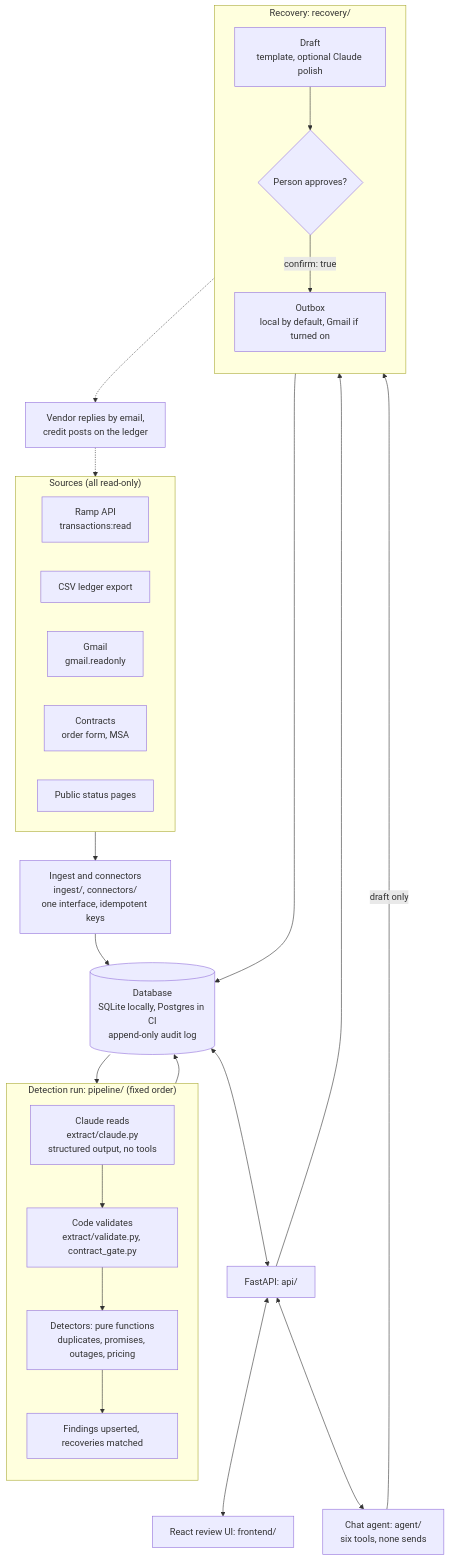
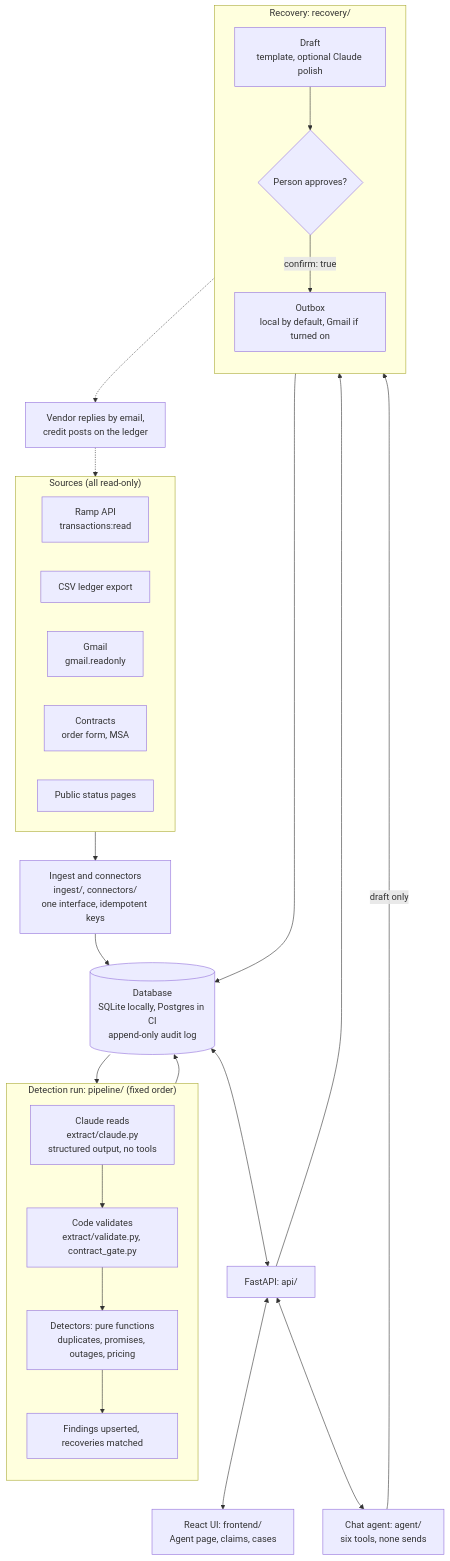
The first of 2 diagrams in docs/architecture.md (anuhtole/recoup), drawn with Mermaid before and after one commit. The commit also changed other lines of this file and 4 other files, not shown here.

Commit message:
docs: README, architecture and contributing guide match the v2 UI and scripted demo; ADR 0014

````diff
--- a/docs/architecture.md
+++ b/docs/architecture.md
@@ -9,48 +9,48 @@
 ```mermaid
 flowchart TB
     subgraph SRC["Sources (all read-only)"]
         direction LR
         S1["Ramp API<br/>transactions:read"]
         S2["CSV ledger export"]
         S3["Gmail<br/>gmail.readonly"]
         S4["Contracts<br/>order form, MSA"]
         S5["Public status pages"]
     end
 
     I1["Ingest and connectors<br/>ingest/, connectors/<br/>one interface, idempotent keys"]
 
     DB[("Database<br/>SQLite locally, Postgres in CI<br/>append-only audit log")]
 
     subgraph RUN["Detection run: pipeline/ (fixed order)"]
         direction TB
         X["Claude reads<br/>extract/claude.py<br/>structured output, no tools"]
         G["Code validates<br/>extract/validate.py, contract_gate.py"]
         D["Detectors: pure functions<br/>duplicates, promises, outages, pricing"]
         F["Findings upserted, recoveries matched"]
         X --> G --> D --> F
     end
 
     subgraph REC["Recovery: recovery/"]
         direction TB
         R1["Draft<br/>template, optional Claude polish"]
         R2{"Person approves?"}
         R3["Outbox<br/>local by default, Gmail if turned on"]
         R1 --> R2 -->|"confirm: true"| R3
     end
 
     API["FastAPI: api/"]
-    UI["React review UI: frontend/"]
+    UI["React UI: frontend/<br/>Agent page, claims, cases"]
     AG["Chat agent: agent/<br/>six tools, none sends"]
     V["Vendor replies by email,<br/>credit posts on the ledger"]
 
     SRC --> I1 --> DB
     DB --> X
     F --> DB
     DB <--> API
     API <--> UI
     API --> R1
     API <--> AG
     AG -->|"draft only"| R1
     R3 --> DB
     R3 -.-> V -.-> SRC
 ```
````
